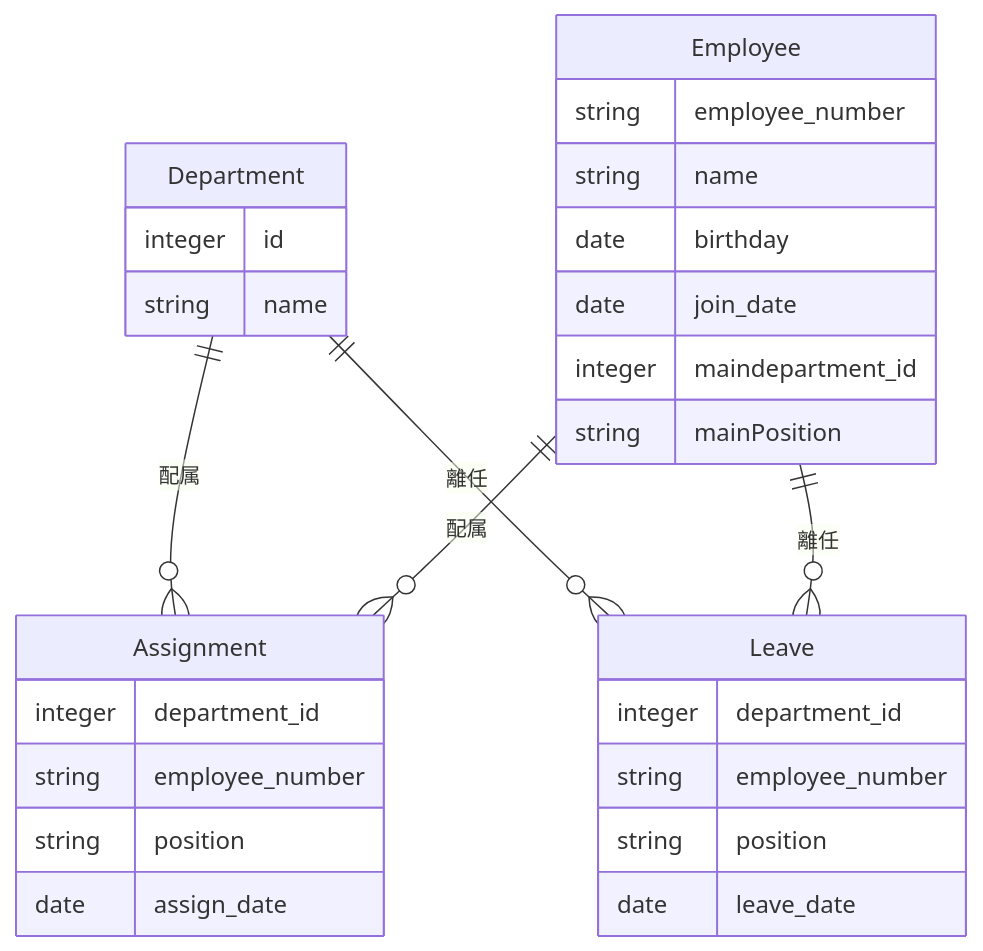
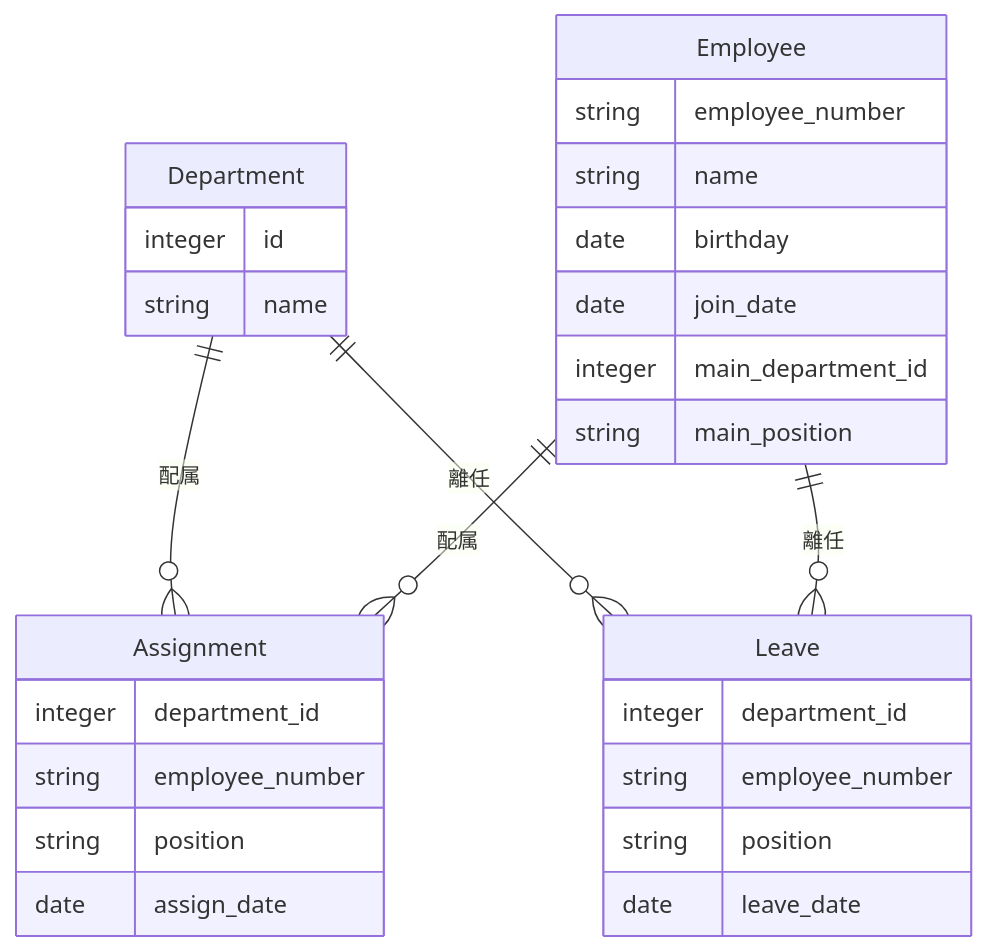
One commit to mganeko/study_immutable_model changed the fifth of 5 diagrams in employee_er_2.md. Above: the diagram before and after it, drawn with Mermaid.

Commit message:
modify column name

````diff
--- a/employee_er_2.md
+++ b/employee_er_2.md
@@ -117,37 +117,37 @@
 ```mermaid
 erDiagram
 Employee {
   string employee_number
   string name
   date birthday
   date join_date
-  integer maindepartment_id
-  string mainPosition
+  integer main_department_id
+  string main_position
 }
 
 Assignment {
   integer department_id
   string employee_number
   string position
   date assign_date
 }
 
 Leave {
   integer department_id
   string employee_number
   string position
   date leave_date
 }
 
 Department {
   integer id
   string name
 }
 
 Department ||--o{ Assignment:"配属"
 Employee ||--o{ Assignment:"配属"
 
 Department ||--o{ Leave:"離任"
 Employee ||--o{ Leave:"離任"
 
 ```
````
